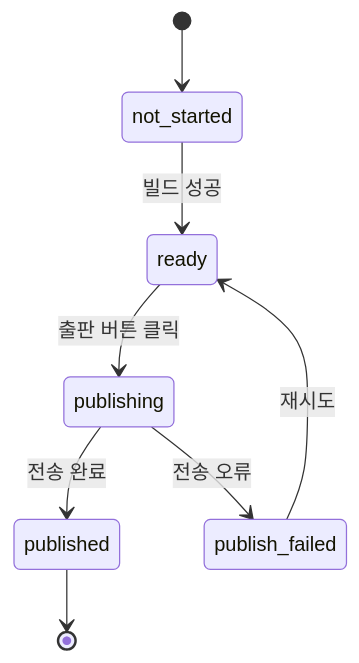
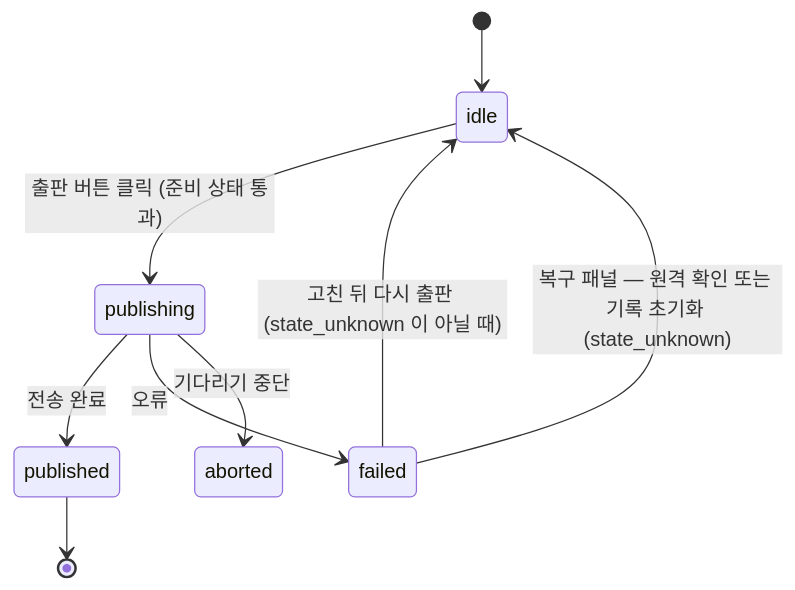
Before and after one commit to kpubdata-lab/kpubdata-studio: the third of 5 diagrams in STATE_MODEL.md, drawn with Mermaid. The commit also changed other lines of this file and 9 other files, not shown here.

````diff
--- a/STATE_MODEL.md
+++ b/STATE_MODEL.md
@@ -87,10 +102,11 @@
 ```mermaid
 stateDiagram-v2
-    [*] --> not_started
-    not_started --> ready: 빌드 성공
-    ready --> publishing: 출판 버튼 클릭
+    [*] --> idle
+    idle --> publishing: 출판 버튼 클릭 (준비 상태 통과)
     publishing --> published: 전송 완료
-    publishing --> publish_failed: 전송 오류
-    publish_failed --> ready: 재시도
+    publishing --> failed: 오류
+    publishing --> aborted: 기다리기 중단
+    failed --> idle: 고친 뒤 다시 출판 (state_unknown 이 아닐 때)
+    failed --> idle: 복구 패널 — 원격 확인 또는 기록 초기화 (state_unknown)
     published --> [*]
 ```
````
